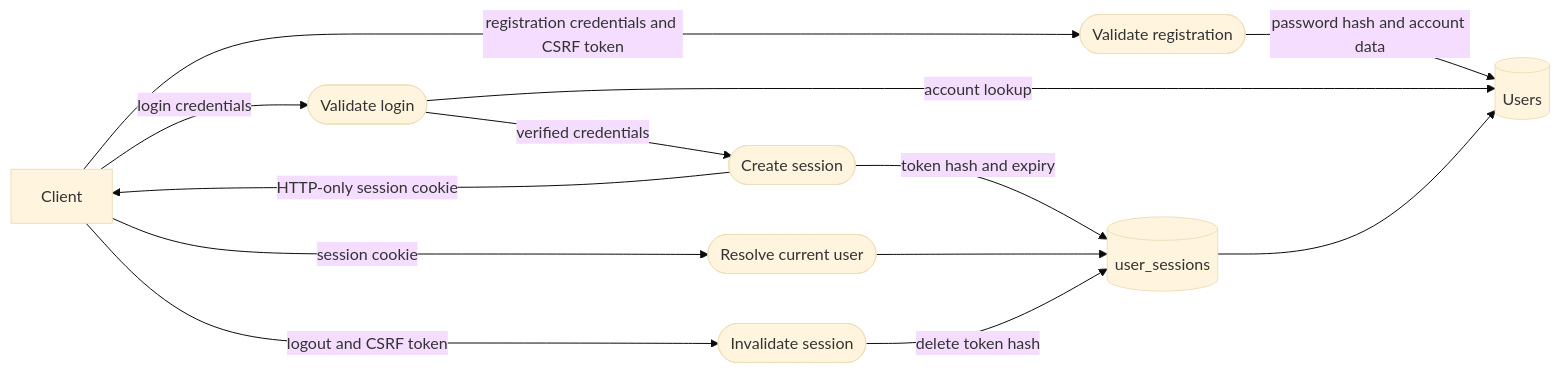
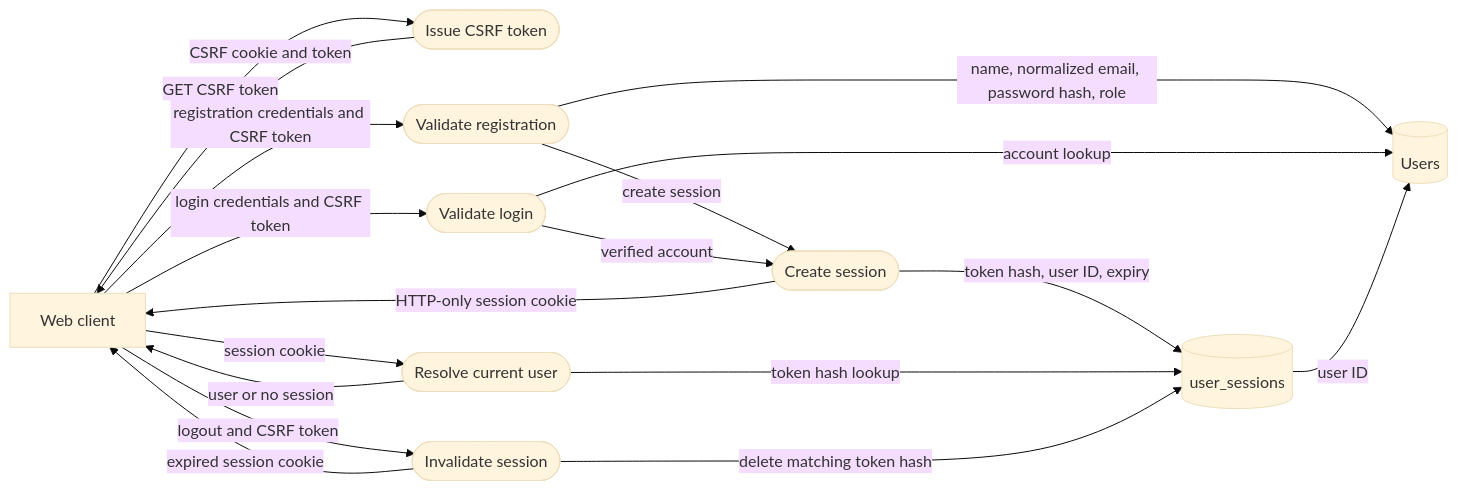
Before and after one commit to Nutrascore/nutrascore: the first of 4 diagrams in docs/software-design/dfd-level-2.md, drawn with Mermaid (base theme). The commit also changed other lines of this file and 6 other files, not shown here.

````diff
--- a/docs/software-design/dfd-level-2.md
+++ b/docs/software-design/dfd-level-2.md
@@ -5,15 +5,20 @@
 ```mermaid
 flowchart LR
-    C[Client] -->|registration credentials and CSRF token| A(["Validate registration"])
-    A -->|password hash and account data| U[(Users)]
-    C -->|login credentials| L(["Validate login"])
-    L -->|account lookup| U
-    L -->|verified credentials| S(["Create session"])
-    S -->|token hash and expiry| DB[(user_sessions)]
-    S -->|HTTP-only session cookie| C
-    C -->|session cookie| R(["Resolve current user"])
-    R --> DB
-    DB --> U
-    C -->|logout and CSRF token| O(["Invalidate session"])
-    O -->|delete token hash| DB
+    C[Web client] -->|GET CSRF token| CSRF(["Issue CSRF token"])
+    CSRF -->|CSRF cookie and token| C
+    C -->|registration credentials and CSRF token| REG(["Validate registration"])
+    REG -->|name, normalized email, password hash, role| U[(Users)]
+    REG -->|create session| CREATE(["Create session"])
+    C -->|login credentials and CSRF token| LOGIN(["Validate login"])
+    LOGIN -->|account lookup| U
+    LOGIN -->|verified account| CREATE
+    CREATE -->|token hash, user ID, expiry| S[(user_sessions)]
+    CREATE -->|HTTP-only session cookie| C
+    C -->|session cookie| ME(["Resolve current user"])
+    ME -->|token hash lookup| S
+    S -->|user ID| U
+    ME -->|user or no session| C
+    C -->|logout and CSRF token| OUT(["Invalidate session"])
+    OUT -->|delete matching token hash| S
+    OUT -->|expired session cookie| C
 ```
````
